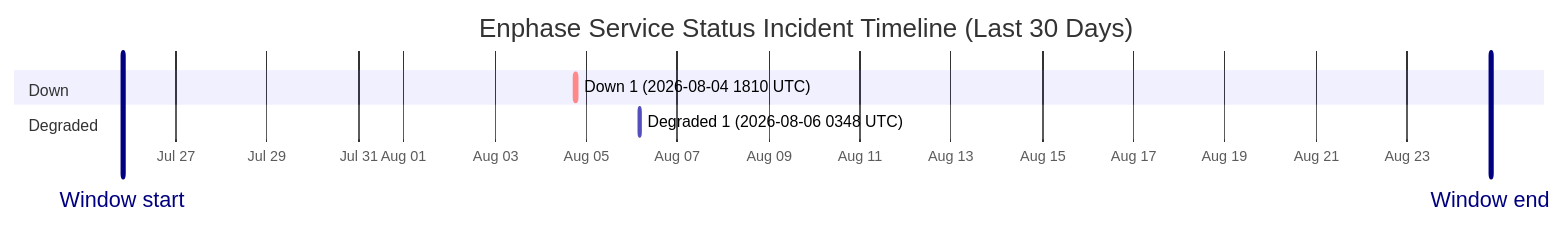
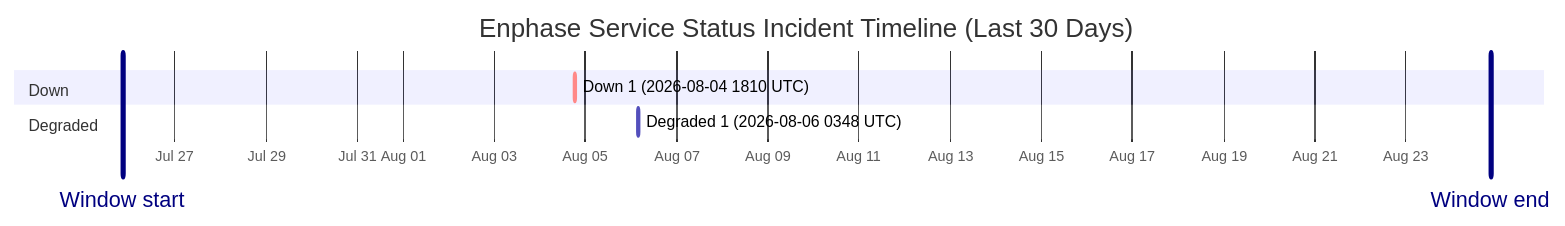
Before and after one commit to barneyonline/ha-enphase-energy: the diagram in wiki/Service-Status-History.md, drawn with Mermaid. The commit also changed other lines of this file and 3 other files, not shown here.

````diff
--- a/wiki/Service-Status-History.md
+++ b/wiki/Service-Status-History.md
@@ -14,12 +14,12 @@
 ```mermaid
 gantt
     title Enphase Service Status Incident Timeline (Last 30 Days)
     dateFormat  YYYY-MM-DDTHH:mm:ss
     axisFormat  %b %d
-    Window start :vert, window-start, 2026-07-25T19:55:59, 0ms
-    Window end :vert, window-end, 2026-08-24T19:55:59, 0ms
+    Window start :vert, window-start, 2026-07-25T20:30:07, 0ms
+    Window end :vert, window-end, 2026-08-24T20:30:07, 0ms
     section Down
     Down 1 (2026-08-04 1810 UTC) :crit, down-1, 2026-08-04T18:10:46, 60m
     section Degraded
     Degraded 1 (2026-08-06 0348 UTC) :active, degraded-1, 2026-08-06T03:48:14, 60m
 ```
````
